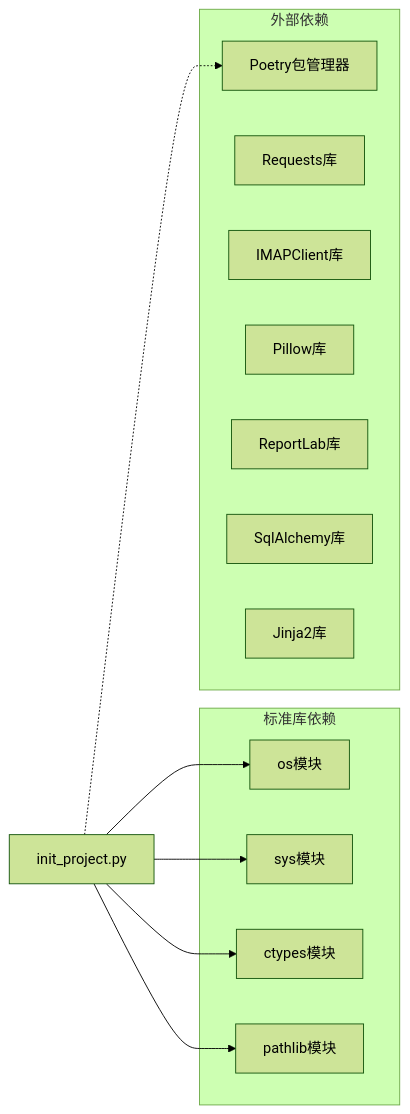
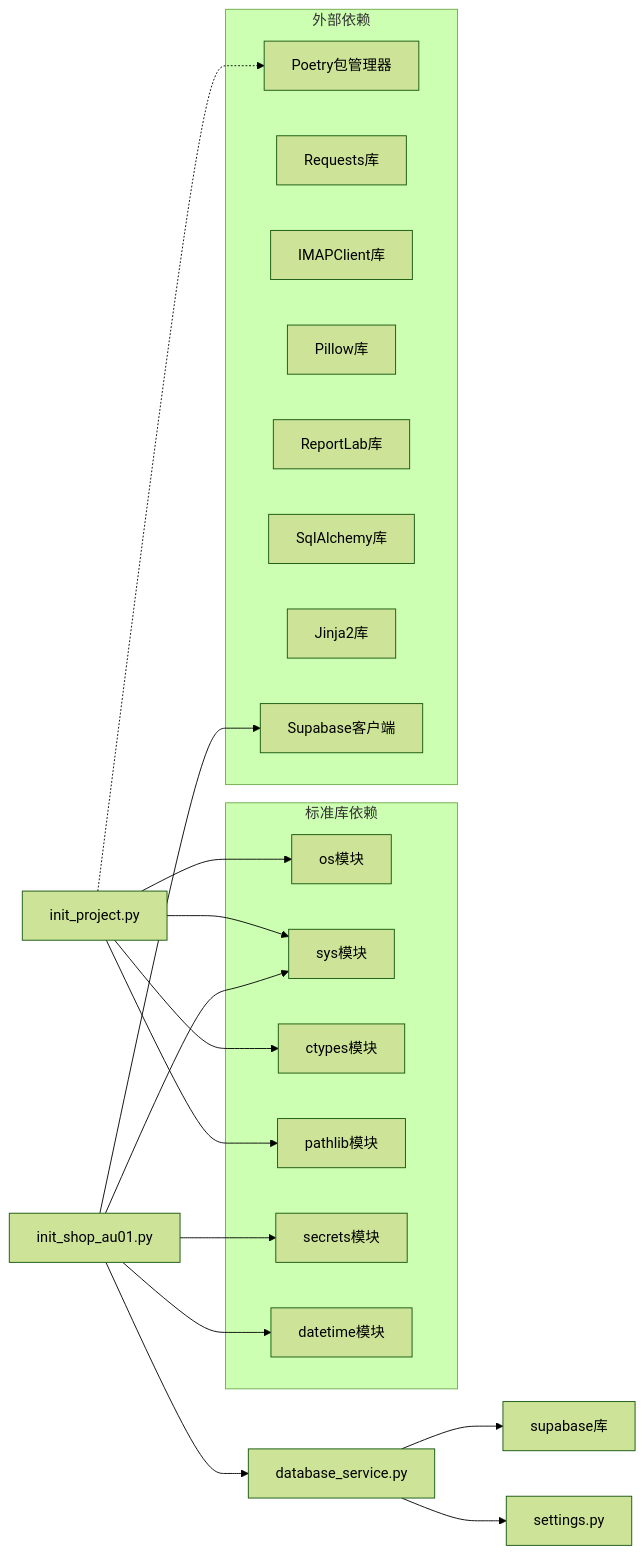
Diagram 12 of 12 in .qoder/repowiki/zh/content/初始化脚本详解.md (SY6621/POD-Order-Management), drawn with Mermaid (forest theme) before and after one commit. The commit also changed other lines of this file and 16 other files, not shown here.

````diff
--- a/.qoder/repowiki/zh/content/初始化脚本详解.md
+++ b/.qoder/repowiki/zh/content/初始化脚本详解.md
@@ -280,23 +417,33 @@
 ```mermaid
 graph LR
-InitScript[init_project.py] --> OS[os模块]
-InitScript --> SYS[sys模块]
-InitScript --> CTYPES[ctypes模块]
-InitScript --> PATHLIB[pathlib模块]
+InitProject[init_project.py] --> OS[os模块]
+InitProject --> SYS[sys模块]
+InitProject --> CTYPES[ctypes模块]
+InitProject --> PATHLIB[pathlib模块]
+InitShop[init_shop_au01.py] --> SYS[sys模块]
+InitShop --> SECRETS[secrets模块]
+InitShop --> DATETIME[datetime模块]
+InitShop --> DBService[database_service.py]
+DBService --> SUPABASE[supabase库]
+DBService --> SETTINGS[settings.py]
 subgraph "标准库依赖"
 OS
 SYS
 CTYPES
 PATHLIB
+SECRETS
+DATETIME
 end
 subgraph "外部依赖"
 Poetry[Poetry包管理器]
 Requests[Requests库]
 IMAPClient[IMAPClient库]
 Pillow[Pillow库]
 ReportLab[ReportLab库]
 SqlAlchemy[SqlAlchemy库]
 Jinja2[Jinja2库]
+Supabase[Supabase客户端]
 end
-InitScript -.-> Poetry
+InitProject -.-> Poetry
+InitShop --> Supabase
 ```
````
